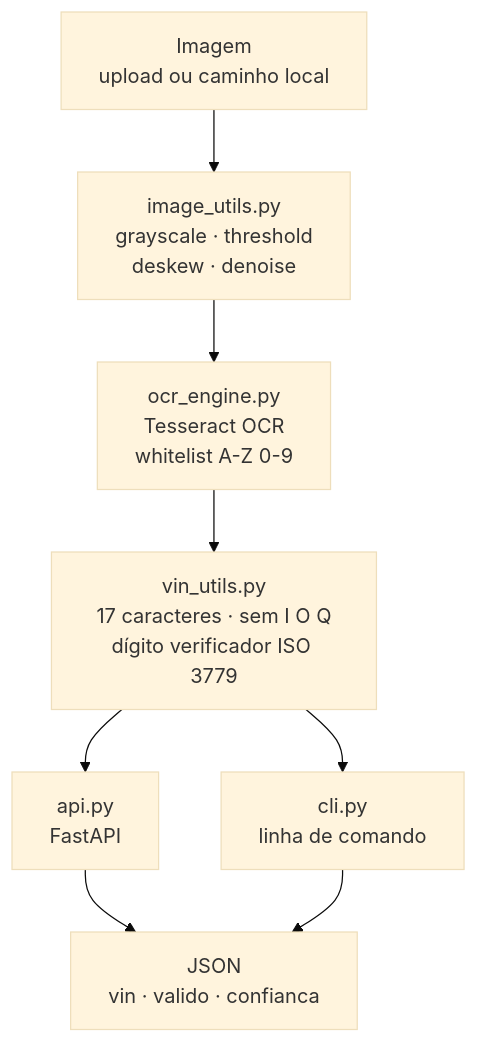
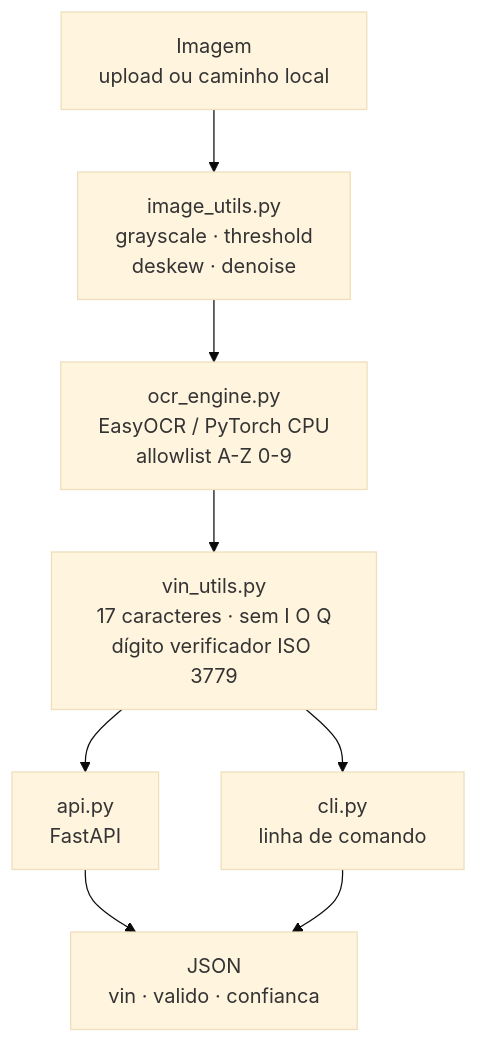
The diagram in README.md (EdsonOliveira18/chassiscan), drawn with Mermaid (base theme) before and after one commit. The commit also changed other lines of this file, not shown here.

````diff
--- a/README.md
+++ b/README.md
@@ -92,10 +108,10 @@
 ```mermaid
 flowchart TD
     A[Imagem<br/>upload ou caminho local] --> B[image_utils.py<br/>grayscale · threshold<br/>deskew · denoise]
-    B --> C[ocr_engine.py<br/>Tesseract OCR<br/>whitelist A-Z 0-9]
+    B --> C[ocr_engine.py<br/>EasyOCR / PyTorch CPU<br/>allowlist A-Z 0-9]
     C --> D[vin_utils.py<br/>17 caracteres · sem I O Q<br/>dígito verificador ISO 3779]
     D --> E[api.py<br/>FastAPI]
     D --> F[cli.py<br/>linha de comando]
     E --> G[JSON<br/>vin · valido · confianca]
     F --> G
 ```
````
